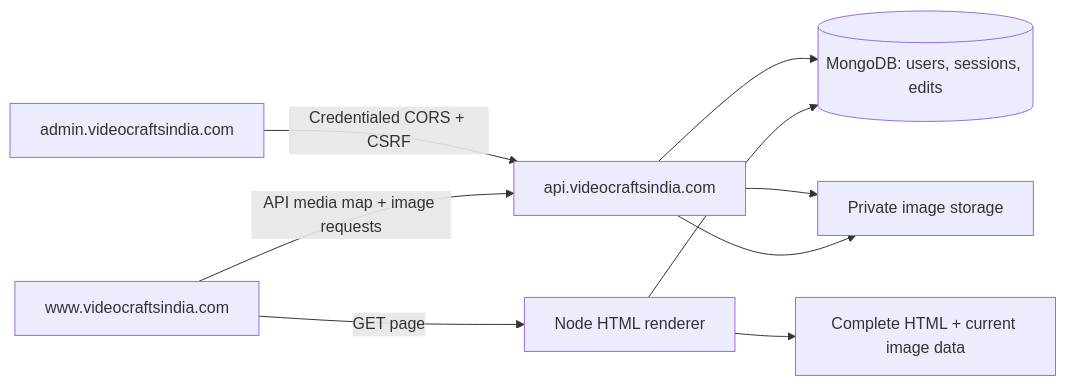
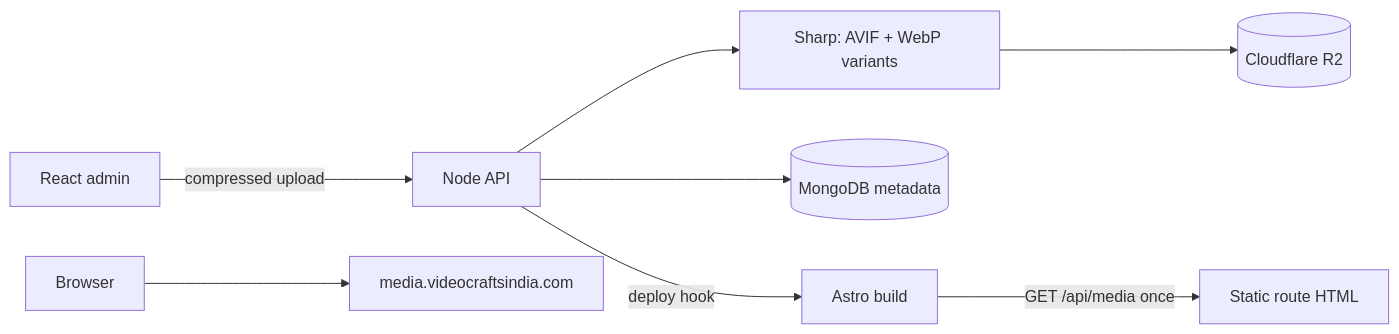
One commit to harsh-mangal/videoCraft changed the diagram in README.md. Above: the diagram before and after it, drawn with Mermaid. The commit also changed other lines of this file and 141 other files, not shown here.

````diff
--- a/README.md
+++ b/README.md
@@ -76,11 +48,10 @@
 ```mermaid
 flowchart LR
-  Admin[admin.videocraftsindia.com] -->|Credentialed CORS + CSRF| API[api.videocraftsindia.com]
-  API --> DB[(MongoDB: users, sessions, edits)]
-  API --> Files[Private image storage]
-  Browser[www.videocraftsindia.com] -->|GET page| Render[Node HTML renderer]
-  Render --> DB
-  Render --> HTML[Complete HTML + current image data]
-  Browser -->|API media map + image requests| API
-  API --> Files
+  Admin[React admin] -->|compressed upload| API[Node API]
+  API --> Sharp[Sharp: AVIF + WebP variants]
+  Sharp --> R2[(Cloudflare R2)]
+  API --> DB[(MongoDB metadata)]
+  API -->|deploy hook| Build[Astro build]
+  Build -->|GET /api/media once| HTML[Static route HTML]
+  Browser --> CDN[media.videocraftsindia.com]
 ```
````
